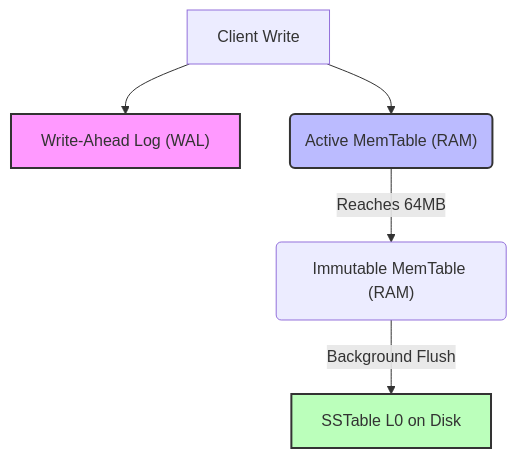
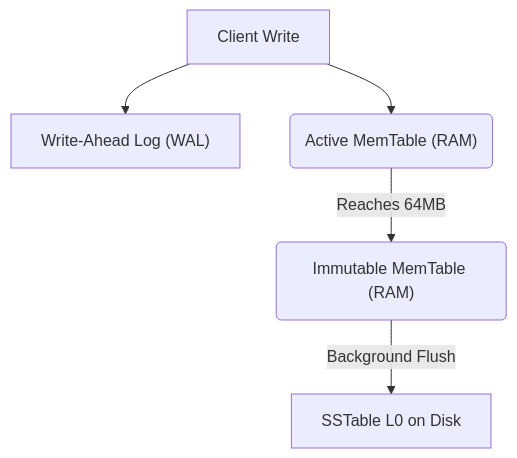
One commit to kythuatdulieu/kythuatdulieu.github.io changed the first of 2 diagrams in src/content/docs/concepts/3-storage-engines-formats/bloom-filters-sstables.md. Above: the diagram before and after it, drawn with Mermaid. The commit also changed 682 other files, not shown here.

````diff
--- a/src/content/docs/concepts/3-storage-engines-formats/bloom-filters-sstables.md
+++ b/src/content/docs/concepts/3-storage-engines-formats/bloom-filters-sstables.md
@@ -29,11 +29,10 @@
 ```mermaid
 graph TD
     A["Client Write"] --> B["Write-Ahead Log (WAL)"]
     A --> C("Active MemTable (RAM)")
     C -- "Reaches 64MB" --> D("Immutable MemTable (RAM)")
     D -- "Background Flush" --> E["SSTable L0 on Disk"]
-    
-    style B fill:#f9f,stroke:#333,stroke-width:2px
-    style C fill:#bbf,stroke:#333,stroke-width:2px
-    style E fill:#bfb,stroke:#333,stroke-width:2px
+
+
+
 ```
````
